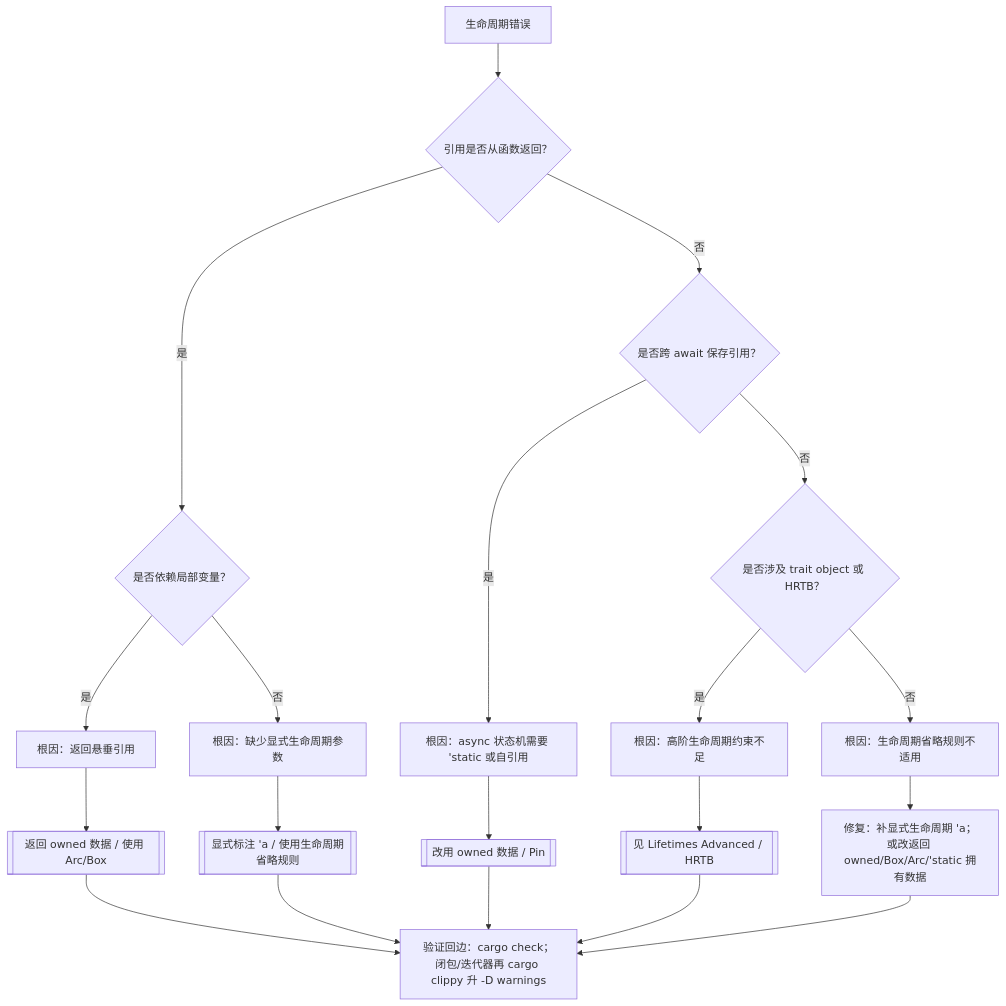
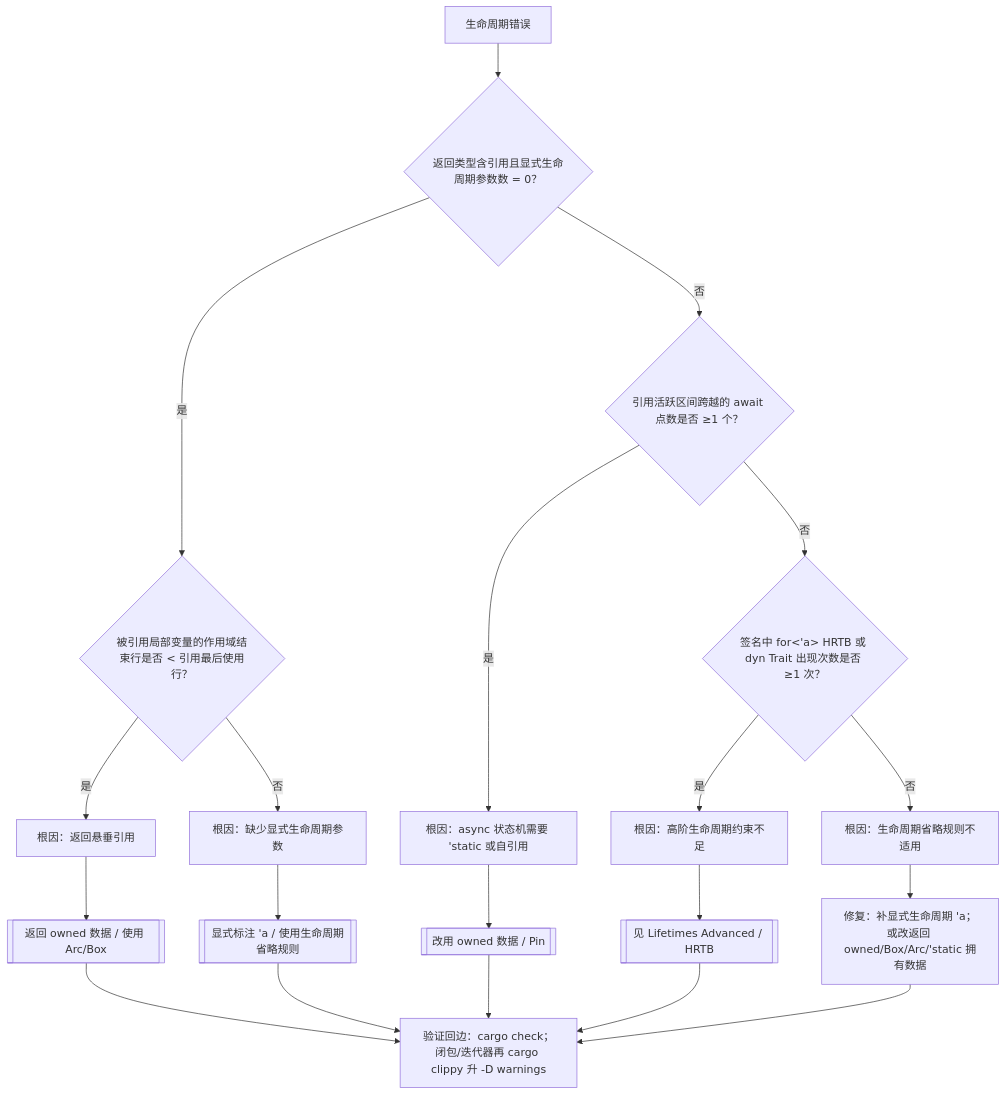
Before and after one commit to martin-ly/rust-lang: the second of 6 diagrams in concept/00_meta/knowledge_topology/09_reasoning_judgment_tree_atlas.md, drawn with Mermaid. The commit also changed other lines of this file and 183 other files, not shown here.

````diff
--- a/concept/00_meta/knowledge_topology/09_reasoning_judgment_tree_atlas.md
+++ b/concept/00_meta/knowledge_topology/09_reasoning_judgment_tree_atlas.md
@@ -55,22 +55,22 @@
 ```mermaid
 flowchart TD
-    L[生命周期错误] --> Q1{引用是否从函数返回？}
-    Q1 -->|是| Q2{是否依赖局部变量？}
+    L[生命周期错误] --> Q1{"返回类型含引用且显式生命周期参数数 = 0？"}
+    Q1 -->|是| Q2{"被引用局部变量的作用域结束行是否 < 引用最后使用行？"}
     Q2 -->|是| R1[根因：返回悬垂引用]
     Q2 -->|否| R2[根因：缺少显式生命周期参数]
-    Q1 -->|否| Q3{是否跨 await 保存引用？}
+    Q1 -->|否| Q3{"引用活跃区间跨越的 await 点数是否 ≥1 个？"}
     Q3 -->|是| R3[根因：async 状态机需要 'static 或自引用]
-    Q3 -->|否| Q4{是否涉及 trait object 或 HRTB？}
+    Q3 -->|否| Q4{"签名中 for<'a> HRTB 或 dyn Trait 出现次数是否 ≥1 次？"}
     Q4 -->|是| R4[根因：高阶生命周期约束不足]
     Q4 -->|否| R5[根因：生命周期省略规则不适用]
     R1 --> F1[[返回 owned 数据 / 使用 Arc/Box]]
     R2 --> F2[[显式标注 'a / 使用生命周期省略规则]]
     R3 --> F3[[改用 owned 数据 / Pin]]
     R4 --> F4[[见 Lifetimes Advanced / HRTB]]
     R5 --> F5[修复：补显式生命周期 'a；或改返回 owned/Box/Arc/'static 拥有数据]
     F1 --> V2[验证回边：cargo check；闭包/迭代器再 cargo clippy 升 -D warnings]
     F2 --> V2
     F3 --> V2
     F4 --> V2
     F5 --> V2
 ```
````
